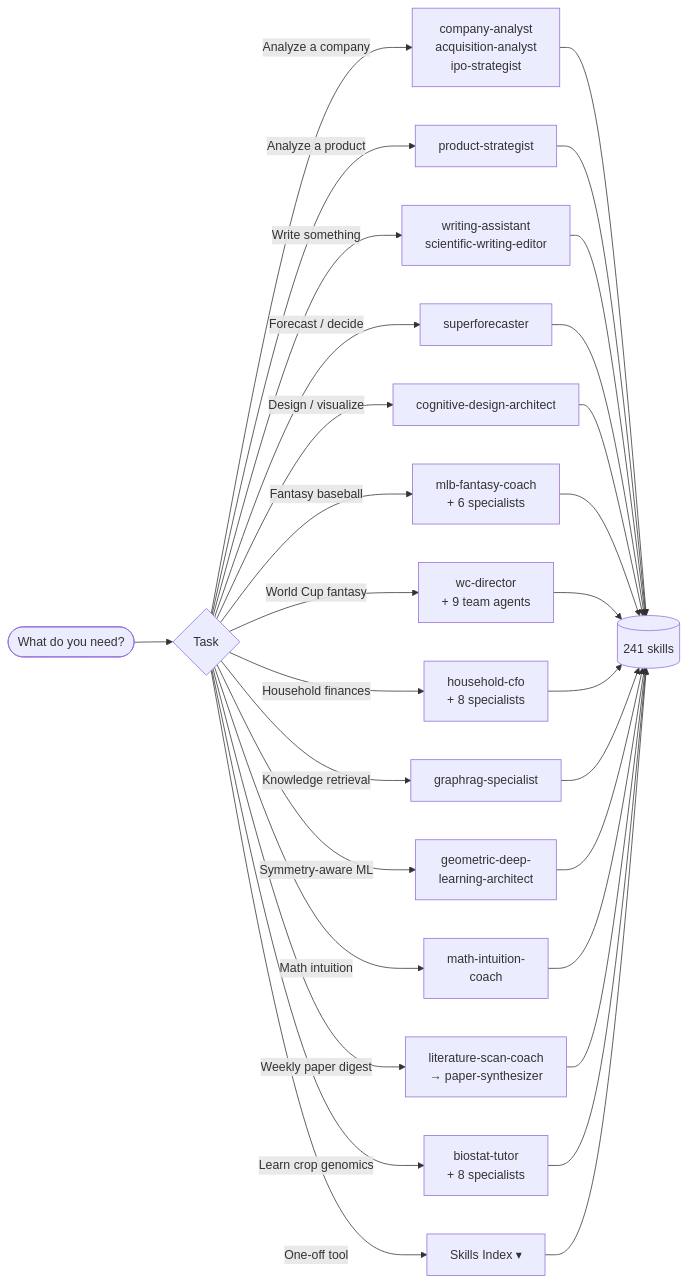
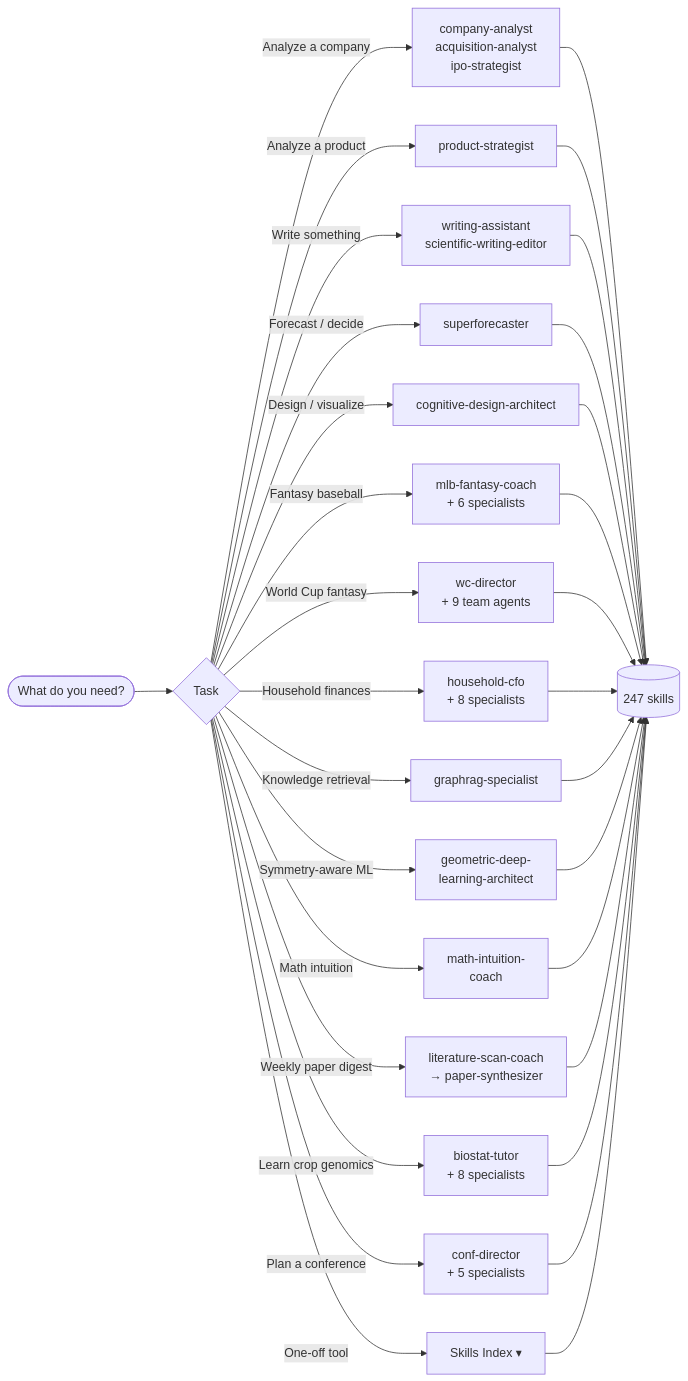
Before and after one commit to lyndonkl/claude: the diagram in README.md, drawn with Mermaid. The commit also changed other lines of this file and 14 other files, not shown here.

````diff
--- a/README.md
+++ b/README.md
@@ -45,20 +46,21 @@
 ```mermaid
 flowchart LR
     U([What do you need?]) --> D{Task}
     D -->|Analyze a company| CA[company-analyst<br/>acquisition-analyst<br/>ipo-strategist]
     D -->|Analyze a product| PS[product-strategist]
     D -->|Write something| WA[writing-assistant<br/>scientific-writing-editor]
     D -->|Forecast / decide| SF[superforecaster]
     D -->|Design / visualize| CD[cognitive-design-architect]
     D -->|Fantasy baseball| MLB[mlb-fantasy-coach<br/>+ 6 specialists]
     D -->|World Cup fantasy| WC[wc-director<br/>+ 9 team agents]
     D -->|Household finances| HF[household-cfo<br/>+ 8 specialists]
     D -->|Knowledge retrieval| GR[graphrag-specialist]
     D -->|Symmetry-aware ML| GDL[geometric-deep-<br/>learning-architect]
     D -->|Math intuition| MI[math-intuition-<br/>coach]
     D -->|Weekly paper digest| LSC[literature-scan-coach<br/>→ paper-synthesizer]
     D -->|Learn crop genomics| BIO[biostat-tutor<br/>+ 8 specialists]
+    D -->|Plan a conference| CONF[conf-director<br/>+ 5 specialists]
     D -->|One-off tool| SK[Skills Index ▾]
-    CA & PS & WA & SF & CD & MLB & WC & HF & GR & GDL & MI & LSC & BIO --> S[(241 skills)]
+    CA & PS & WA & SF & CD & MLB & WC & HF & GR & GDL & MI & LSC & BIO & CONF --> S[(247 skills)]
     SK --> S
 ```
````
